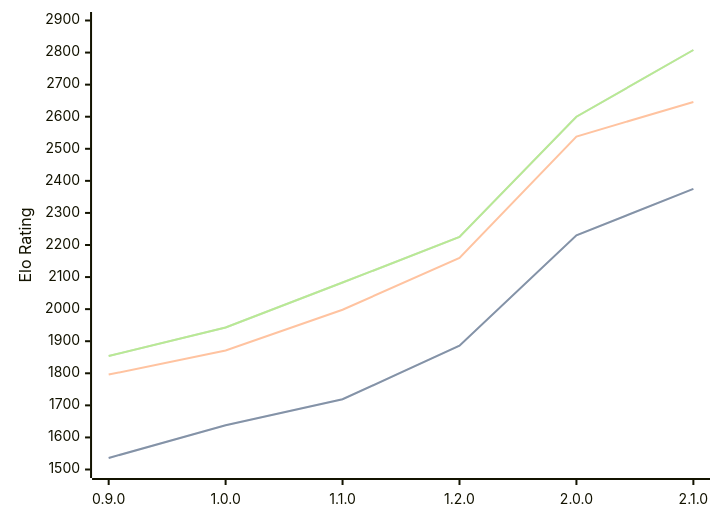
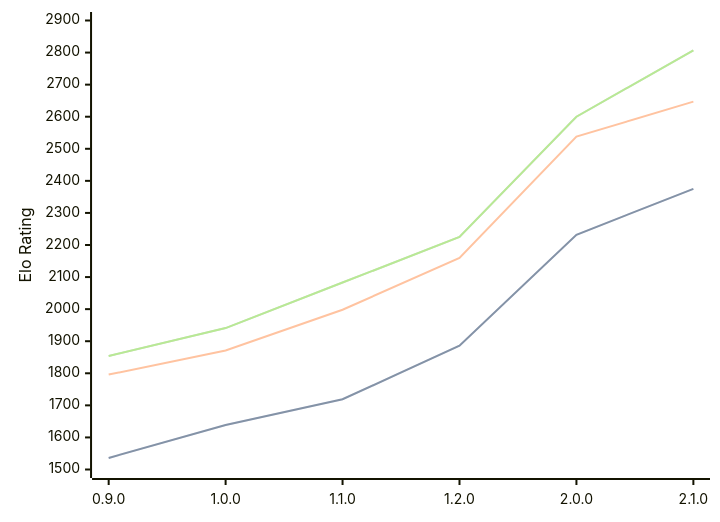
The diagram in engines/Ratsu.md (computer-chess-index/cci), drawn with Mermaid before and after one commit. The commit also changed other lines of this file, not shown here.

Commit message:
Update CCI Ratings (ELO VLTC) - 2026-08-07

````diff
--- a/engines/Ratsu.md
+++ b/engines/Ratsu.md
@@ -36,11 +36,11 @@
 ```mermaid
 %%{init: {"theme":"base","themeVariables":{"seriesColors:['#a3a3a3','#222221','#faa371']}}}%%
 xychart-beta
   x-axis ["0.9.0", "1.0.0", "1.1.0", "1.2.0", "2.0.0", "2.1.0"]
   y-axis "Elo Rating" 1500 --> 2900
-  line "STC (8.0+0.08s)" [1536, 1638, 1719, 1886, 2230, 2375]
-  line "STC (8.0+0.08s)" [1536, 1638, 1719, 1886, 2230, 2375]
-  line "LTC (60.0+0.60s)" [1796, 1871, 1998, 2160, 2538, 2646]
-  line "VLTC (2m24s+1.12s)" [1854, 1943, 2083, 2225, 2600, 2808]
-  line "VLTC (2m24s+1.12s)" [1854, 1943, 2083, 2225, 2600, 2808]
+  line "STC (8.0+0.08s)" [1536, 1639, 1719, 1886, 2232, 2375]
+  line "STC (8.0+0.08s)" [1536, 1639, 1719, 1886, 2232, 2375]
+  line "LTC (60.0+0.60s)" [1796, 1871, 1998, 2160, 2538, 2647]
+  line "VLTC (2m24s+1.12s)" [1854, 1941, 2083, 2225, 2600, 2807]
+  line "VLTC (2m24s+1.12s)" [1854, 1941, 2083, 2225, 2600, 2807]
 ```
````
